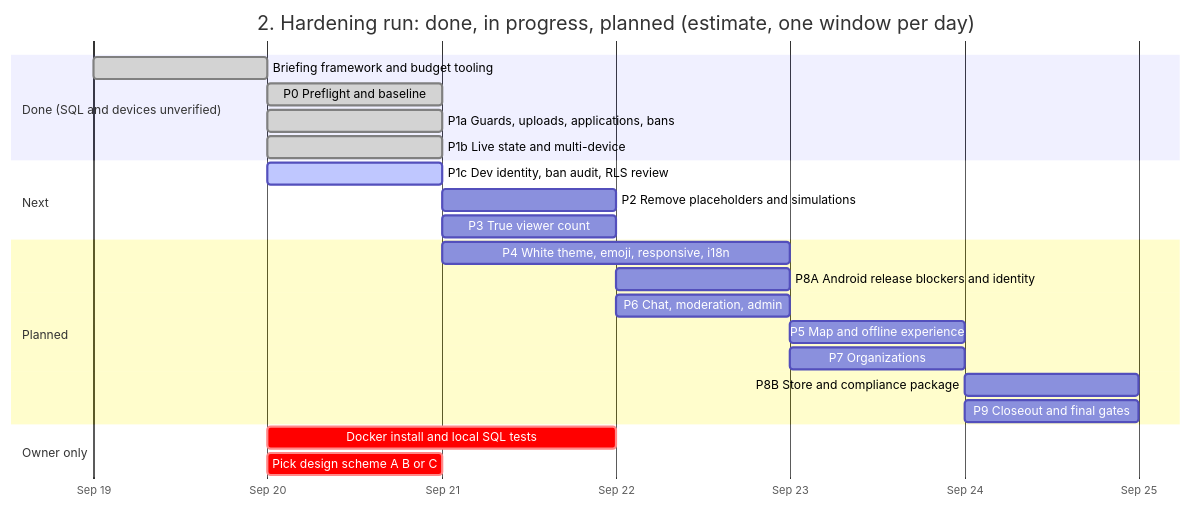
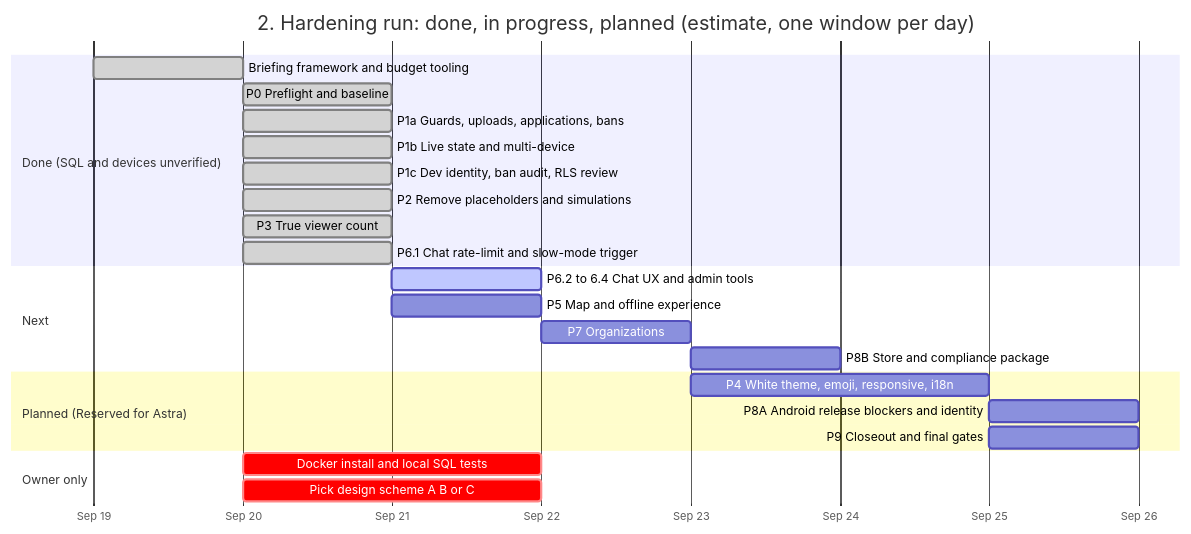
Before and after one commit to ameeralhatemi67-debug/Stream_application: the second of 3 diagrams in Roadmap.md, drawn with Mermaid. The commit also changed other lines of this file and 1 other file, not shown here.

Commit message:
docs(roadmap): update Gantt charts and status table for P1c-P3 and P6.1 completion

````diff
--- a/Roadmap.md
+++ b/Roadmap.md
@@ -39,27 +39,28 @@
 ```mermaid
 gantt
     title 2. Hardening run: done, in progress, planned (estimate, one window per day)
     dateFormat  YYYY-MM-DD
     axisFormat  %b %d
     tickInterval 1day
     section Done (SQL and devices unverified)
     Briefing framework and budget tooling       :done, brief, 2026-09-19, 2026-09-20
     P0 Preflight and baseline                   :done, p0, 2026-09-20, 1d
     P1a Guards, uploads, applications, bans     :done, p1a, 2026-09-20, 1d
     P1b Live state and multi-device             :done, p1b, 2026-09-20, 1d
+    P1c Dev identity, ban audit, RLS review     :done, p1c, 2026-09-20, 2026-09-21
+    P2 Remove placeholders and simulations      :done, p2, 2026-09-20, 2026-09-21
+    P3 True viewer count                        :done, p3, 2026-09-20, 2026-09-21
+    P6.1 Chat rate-limit and slow-mode trigger  :done, p61, 2026-09-20, 2026-09-21
     section Next
-    P1c Dev identity, ban audit, RLS review     :active, p1c, 2026-09-20, 2026-09-21
-    P2 Remove placeholders and simulations      :p2, 2026-09-21, 1d
-    P3 True viewer count                        :p3, 2026-09-21, 1d
-    section Planned
-    P4 White theme, emoji, responsive, i18n     :p4, 2026-09-21, 2026-09-23
-    P8A Android release blockers and identity   :p8a, 2026-09-22, 1d
-    P6 Chat, moderation, admin                  :p6, 2026-09-22, 2026-09-23
-    P5 Map and offline experience               :p5, 2026-09-23, 1d
-    P7 Organizations                            :p7, 2026-09-23, 2026-09-24
-    P8B Store and compliance package            :p8b, 2026-09-24, 1d
-    P9 Closeout and final gates                 :p9, 2026-09-24, 2026-09-25
+    P6.2 to 6.4 Chat UX and admin tools         :active, p6next, 2026-09-21, 1d
+    P5 Map and offline experience               :p5, 2026-09-21, 2026-09-22
+    P7 Organizations                            :p7, 2026-09-22, 2026-09-23
+    P8B Store and compliance package            :p8b, 2026-09-23, 1d
+    section Planned (Reserved for Astra)
+    P4 White theme, emoji, responsive, i18n     :p4, 2026-09-23, 2026-09-25
+    P8A Android release blockers and identity   :p8a, 2026-09-25, 1d
+    P9 Closeout and final gates                 :p9, 2026-09-25, 2026-09-26
     section Owner only
     Docker install and local SQL tests          :crit, own1, 2026-09-20, 2026-09-22
-    Pick design scheme A B or C                 :crit, own2, 2026-09-20, 2026-09-21
+    Pick design scheme A B or C                 :crit, own2, 2026-09-20, 2026-09-22
 ```
````
